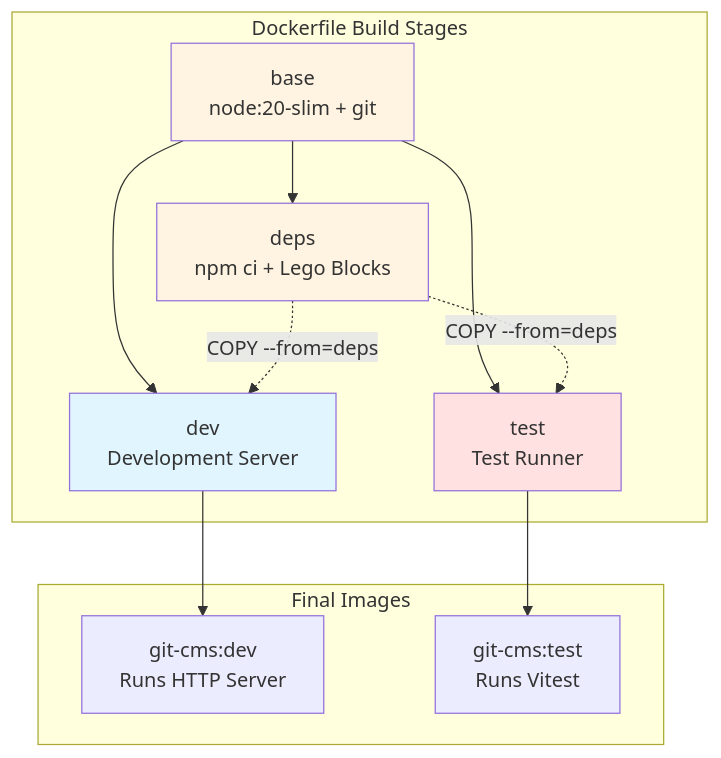
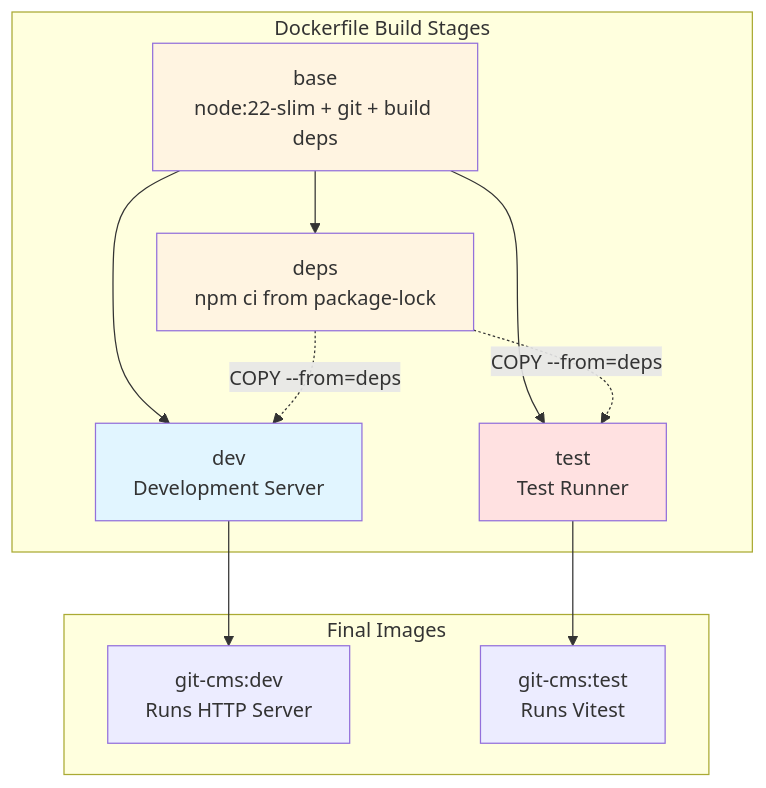
Diagram 11 of 14 in docs/ADR.md (flyingrobots/git-cms), drawn with Mermaid before and after one commit. The commit also changed other lines of this file and 22 other files, not shown here.

````diff
--- a/docs/ADR.md
+++ b/docs/ADR.md
@@ -878,28 +897,28 @@
 ```mermaid
 graph TB
     subgraph "Dockerfile Build Stages"
-        Base[base<br/>node:20-slim + git]
-        Deps[deps<br/>npm ci + Lego Blocks]
+        Base[base<br/>node:22-slim + git + build deps]
+        Deps[deps<br/>npm ci from package-lock]
         Dev[dev<br/>Development Server]
         Test[test<br/>Test Runner]
 
         Base --> Deps
         Base --> Dev
         Base --> Test
         Deps -.->|COPY --from=deps| Dev
         Deps -.->|COPY --from=deps| Test
     end
 
     subgraph "Final Images"
         DevImage[git-cms:dev<br/>Runs HTTP Server]
         TestImage[git-cms:test<br/>Runs Vitest]
     end
 
     Dev --> DevImage
     Test --> TestImage
 
     style Base fill:#fff4e1
     style Deps fill:#fff4e1
     style Dev fill:#e1f5ff
     style Test fill:#ffe1e1
 ```
````
